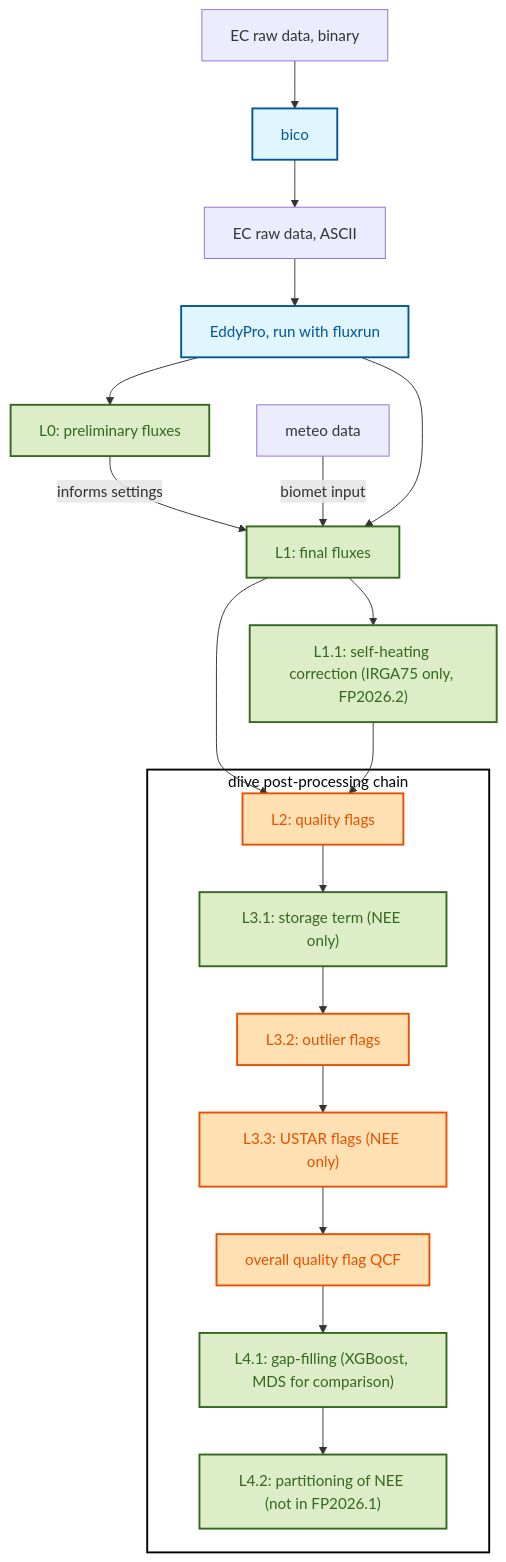
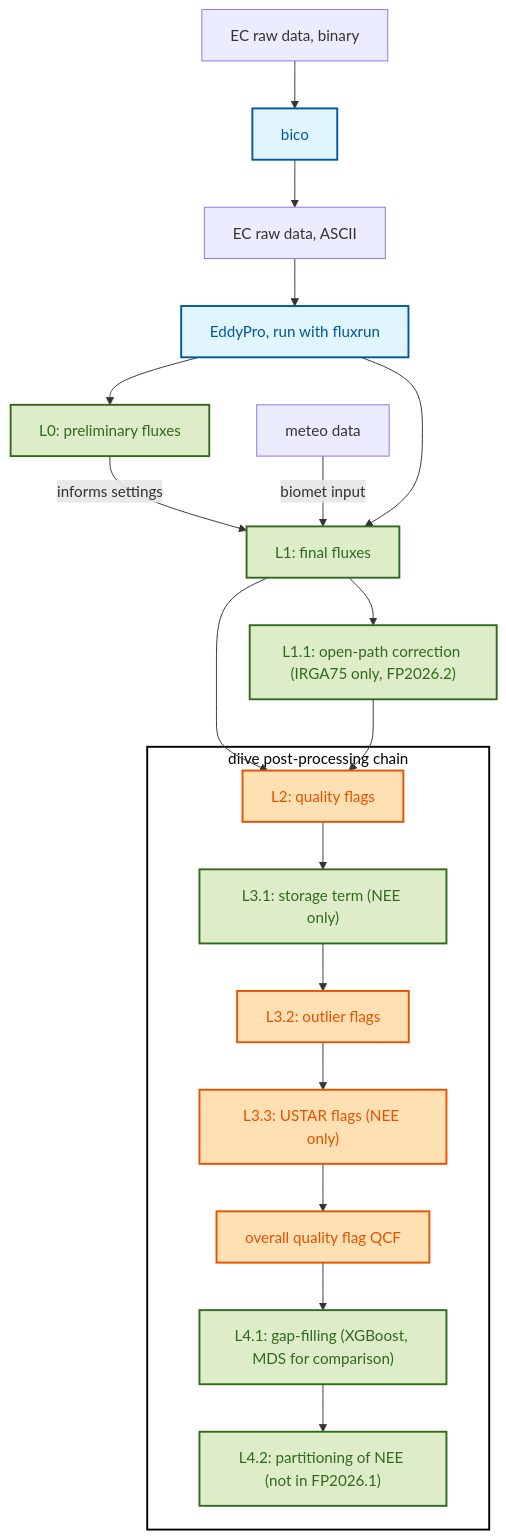
One commit to holukas/dataset_ch-lae_flux_product changed the diagram in docs/FPC.qmd. Above: the diagram before and after it, drawn with Mermaid. The commit also changed other lines of this file and 4 other files, not shown here.

First line of the commit message:
Document the opco correction and the uncertainty of the IRGA75 years

````diff
--- a/docs/FPC.qmd
+++ b/docs/FPC.qmd
@@ -17,43 +17,43 @@
 ```{mermaid}
 flowchart TB
     ecbin["EC raw data, binary"]
     bico["bico"]
     eccsv["EC raw data, ASCII"]
     met["meteo data"]
     EP["EddyPro, run with fluxrun"]
     L0F["L0: preliminary fluxes"]
     L1F["L1: final fluxes"]
-    L11F["L1.1: self-heating correction (IRGA75 only, FP2026.2)"]
+    L11F["L1.1: open-path correction (IRGA75 only, FP2026.2)"]
 
     subgraph diive_chain["diive post-processing chain"]
         L2QCF["L2: quality flags"]
         L31F["L3.1: storage term (NEE only)"]
         L32QCF["L3.2: outlier flags"]
         L33QCF["L3.3: USTAR flags (NEE only)"]
         QCF["overall quality flag QCF"]
         L41F["L4.1: gap-filling (XGBoost, MDS for comparison)"]
         L42F["L4.2: partitioning of NEE (not in FP2026.1)"]
     end
 
     ecbin --> bico --> eccsv --> EP
     EP --> L0F
     L0F -- "informs settings" --> L1F
     met -- "biomet input" --> L1F
     EP --> L1F
     L1F --> L11F
     L1F --> L2QCF
     L11F --> L2QCF
     L2QCF --> L31F --> L32QCF --> L33QCF --> QCF --> L41F --> L42F
 
     classDef orange fill:#FFE0B2,stroke:#E65100,stroke-width:2px,color:#E65100
     class L2QCF,L32QCF,L33QCF,QCF orange
 
     classDef green fill:#DCEDC8,stroke:#33691E,stroke-width:2px,color:#33691E
     class L0F,L1F,L11F,L31F,L41F,L42F green
 
     classDef blue fill:#E1F5FE,stroke:#01579B,stroke-width:2px,color:#01579B
     class bico,EP blue
 
     classDef white fill:#FFFFFF,stroke:#000000,stroke-width:2px,color:#000000
     class diive_chain white
 ```
````
